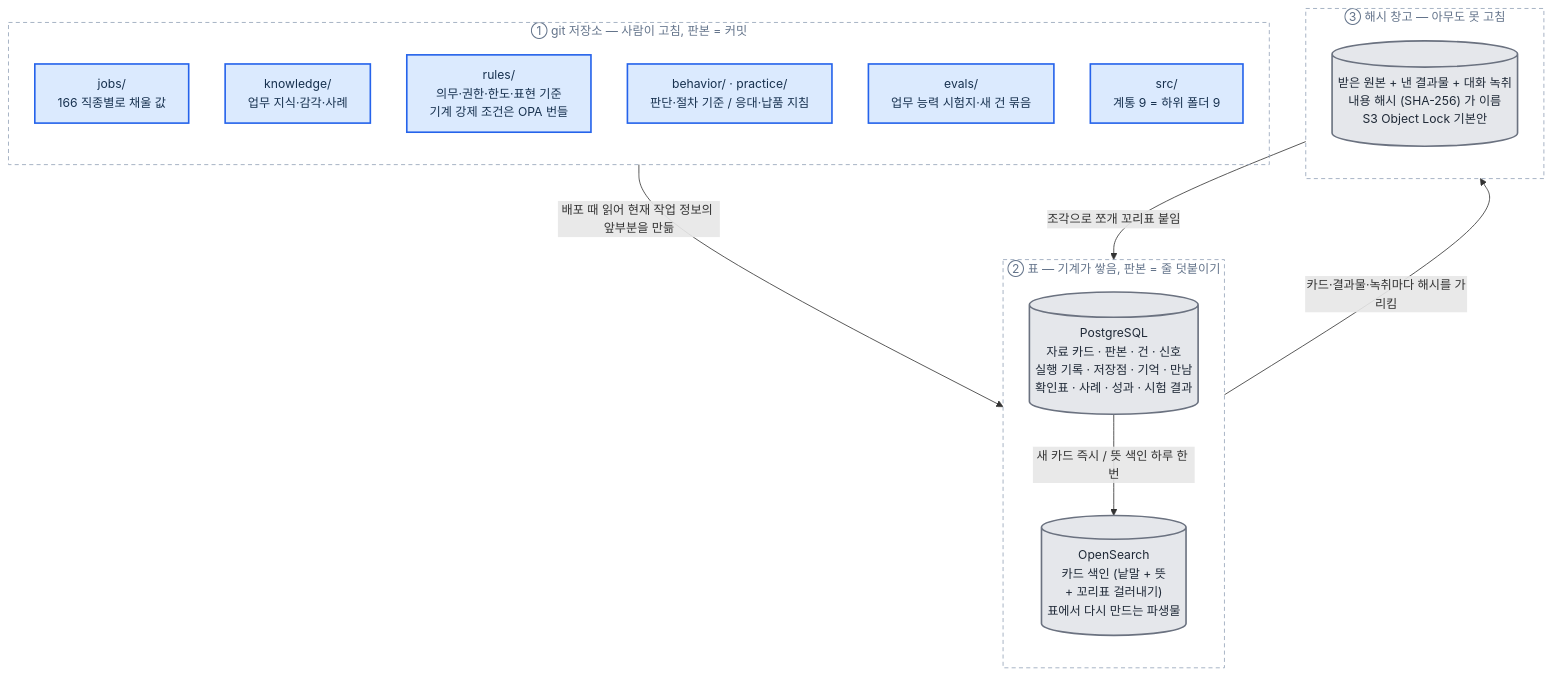
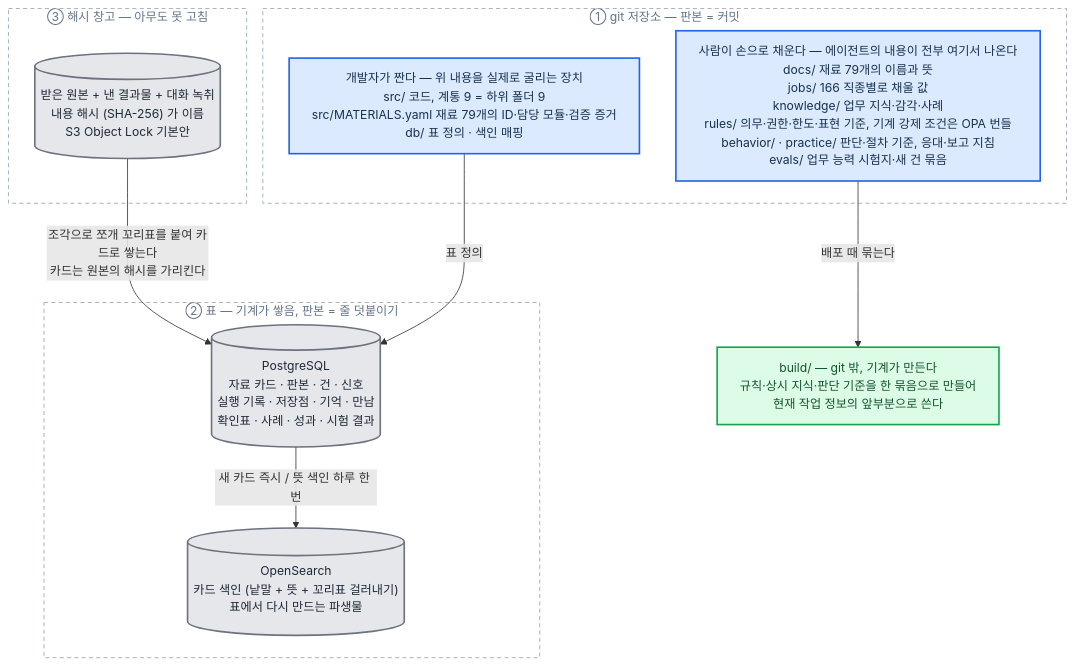
One commit to harisbaguette/expert changed the first of 16 diagrams in 전문가 에이전트 정의 2.md. Above: the diagram before and after it, drawn with Mermaid. The commit also changed other lines of this file, not shown here.

First line of the commit message:
같은 폴더를 세 번 그린 세 자리·재료 79개의 자리·git 저장소 폴더 그림을 세 자리 그림 한 장으로 합침 (정의 2)

````diff
--- a/전문가 에이전트 정의 2.md
+++ b/전문가 에이전트 정의 2.md
@@ -316,35 +316,26 @@
 ```mermaid
 %%{init: {"flowchart": {"wrappingWidth": 640, "curve": "basis", "nodeSpacing": 45, "rankSpacing": 55, "padding": 14, "useMaxWidth": true}, "themeVariables": {"fontSize": "15px"}} }%%
 flowchart TB
-    subgraph GIT["① git 저장소 — 사람이 고침, 판본 = 커밋"]
-        direction TB
-        JOB["jobs/<br/>166 직종별로 채울 값"]:::main
-        KNOW["knowledge/<br/>업무 지식·감각·사례"]:::main
-        RULE["rules/<br/>의무·권한·한도·표현 기준<br/>기계 강제 조건은 OPA 번들"]:::main
-        BEH["behavior/ · practice/<br/>판단·절차 기준 / 응대·납품 지침"]:::main
-        EVAL["evals/<br/>업무 능력 시험지·새 건 묶음"]:::main
-        SRC["src/<br/>계통 9 = 하위 폴더 9"]:::main
-    end
-    subgraph DB["② 표 — 기계가 쌓음, 판본 = 줄 덧붙이기"]
-        direction TB
-        PG[("PostgreSQL<br/>자료 카드 · 판본 · 건 · 신호<br/>실행 기록 · 저장점 · 기억 · 만남<br/>확인표 · 사례 · 성과 · 시험 결과")]:::store
-        OS[("OpenSearch<br/>카드 색인 (낱말 + 뜻<br/>+ 꼬리표 걸러내기)<br/>표에서 다시 만드는 파생물")]:::store
-        PG -- "새 카드 즉시 / 뜻 색인 하루 한 번" --> OS
+    subgraph GIT["① git 저장소 — 판본 = 커밋"]
+        HUM["사람이 손으로 채운다 — 에이전트의 내용이 전부 여기서 나온다<br/>docs/ 재료 79개의 이름과 뜻<br/>jobs/ 166 직종별로 채울 값<br/>knowledge/ 업무 지식·감각·사례<br/>rules/ 의무·권한·한도·표현 기준, 기계 강제 조건은 OPA 번들<br/>behavior/ · practice/ 판단·절차 기준, 응대·보고 지침<br/>evals/ 업무 능력 시험지·새 건 묶음"]:::main
+        DEV["개발자가 짠다 — 위 내용을 실제로 굴리는 장치<br/>src/ 코드, 계통 9 = 하위 폴더 9<br/>src/MATERIALS.yaml 재료 79개의 ID·담당 모듈·검증 증거<br/>db/ 표 정의 · 색인 매핑"]:::main
     end
     subgraph BLOB["③ 해시 창고 — 아무도 못 고침"]
-        direction TB
         RAW[("받은 원본 + 낸 결과물 + 대화 녹취<br/>내용 해시 (SHA-256) 가 이름<br/>S3 Object Lock 기본안")]:::store
     end
-    GIT -- "배포 때 읽어 현재 작업 정보의 앞부분을 만듦" --> PG
-    RAW -- "조각으로 쪼개 꼬리표 붙임" --> PG
-    PG -- "카드·결과물·녹취마다 해시를 가리킴" --> RAW
+    BLD["build/ — git 밖, 기계가 만든다<br/>규칙·상시 지식·판단 기준을 한 묶음으로 만들어<br/>현재 작업 정보의 앞부분으로 쓴다"]:::good
+    subgraph DB["② 표 — 기계가 쌓음, 판본 = 줄 덧붙이기"]
+        PG[("PostgreSQL<br/>자료 카드 · 판본 · 건 · 신호<br/>실행 기록 · 저장점 · 기억 · 만남<br/>확인표 · 사례 · 성과 · 시험 결과")]:::store
+        OS[("OpenSearch<br/>카드 색인 (낱말 + 뜻 + 꼬리표 걸러내기)<br/>표에서 다시 만드는 파생물")]:::store
+    end
+    HUM -- "배포 때 묶는다" --> BLD
+    DEV -- "표 정의" --> PG
+    PG -- "새 카드 즉시 / 뜻 색인 하루 한 번" --> OS
+    RAW -- "조각으로 쪼개 꼬리표를 붙여 카드로 쌓는다<br/>카드는 원본의 해시를 가리킨다" --> PG
     classDef main fill:#dbeafe,stroke:#2563eb,stroke-width:2px,color:#17314f
-    classDef stop fill:#fee2e2,stroke:#dc2626,stroke-width:2px,color:#7f1d1d
-    classDef back fill:#ffedd5,stroke:#ea580c,stroke-width:2px,color:#7c2d12
     classDef store fill:#e5e7eb,stroke:#6b7280,stroke-width:2px,color:#1f2937
     classDef good fill:#dcfce7,stroke:#16a34a,stroke-width:2px,color:#14532d
-    classDef note fill:#fef9c3,stroke:#ca8a04,stroke-width:2px,color:#713f12
     style GIT fill:none,stroke:#94a3b8,stroke-width:1px,stroke-dasharray:5 4,color:#64748b
     style DB fill:none,stroke:#94a3b8,stroke-width:1px,stroke-dasharray:5 4,color:#64748b
     style BLOB fill:none,stroke:#94a3b8,stroke-width:1px,stroke-dasharray:5 4,color:#64748b
 ```
````
